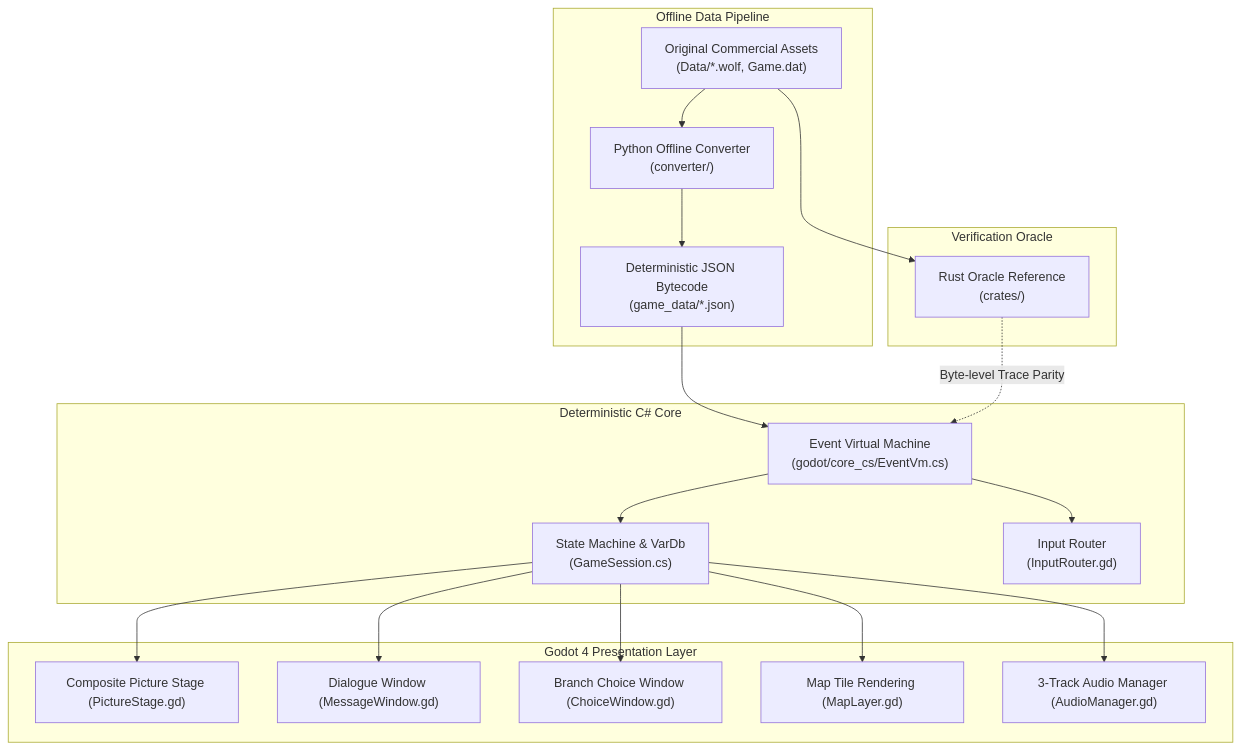
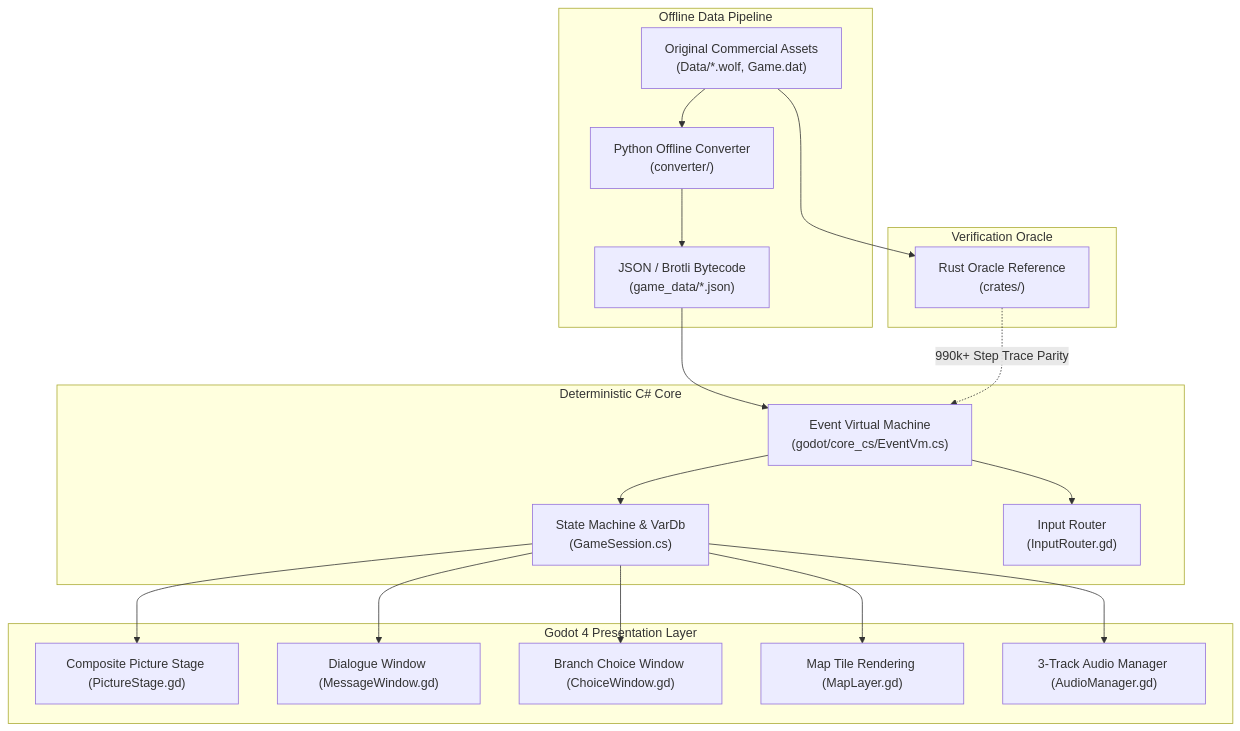
Before and after one commit to Nana7mi0721/Living-With-SIster-Monochrome-Fantasy: the diagram in README_EN.md, drawn with Mermaid. The commit also changed other lines of this file and 14 other files, not shown here.

````diff
--- a/README_EN.md
+++ b/README_EN.md
@@ -63,26 +68,26 @@
 ```mermaid
 flowchart TD
     subgraph DataPipeline["Offline Data Pipeline"]
         RawData["Original Commercial Assets<br>(Data/*.wolf, Game.dat)"] --> Converter["Python Offline Converter<br>(converter/)"]
-        Converter --> JSONData["Deterministic JSON Bytecode<br>(game_data/*.json)"]
+        Converter --> JSONData["JSON / Brotli Bytecode<br>(game_data/*.json)"]
     end
 
     subgraph CoreEngine["Deterministic C# Core"]
         JSONData --> EventVM["Event Virtual Machine<br>(godot/core_cs/EventVm.cs)"]
         EventVM --> StateMachine["State Machine & VarDb<br>(GameSession.cs)"]
         EventVM --> InputRouter["Input Router<br>(InputRouter.gd)"]
     end
 
     subgraph Presentation["Godot 4 Presentation Layer"]
         StateMachine --> PictureStage["Composite Picture Stage (PictureStage.gd)"]
         StateMachine --> MessageWindow["Dialogue Window (MessageWindow.gd)"]
         StateMachine --> ChoiceWindow["Branch Choice Window (ChoiceWindow.gd)"]
         StateMachine --> MapLayer["Map Tile Rendering (MapLayer.gd)"]
         StateMachine --> AudioManager["3-Track Audio Manager (AudioManager.gd)"]
     end
 
     subgraph Oracle["Verification Oracle"]
         RawData --> RustOracle["Rust Oracle Reference<br>(crates/)"]
-        RustOracle -. Byte-level Trace Parity .-> EventVM
+        RustOracle -. 990k+ Step Trace Parity .-> EventVM
     end
 ```
````
